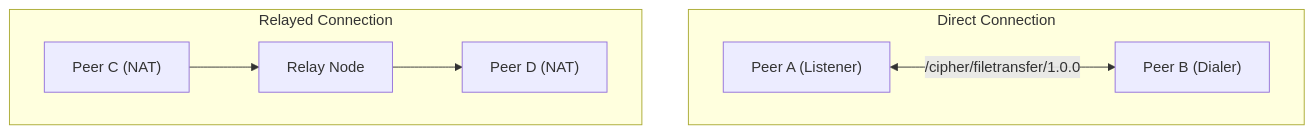
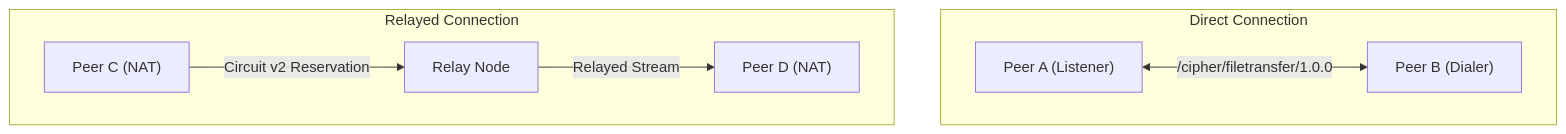
One commit to adarshxsh/CIPHER changed the diagram in Adarsh/p2p_transport/docs/architecture.md. Above: the diagram before and after it, drawn with Mermaid. The commit also changed other lines of this file and 1 other file, not shown here.

Commit message:
docs: update architecture and roadmap to reflect successful Milestone 5 completion

````diff
--- a/Adarsh/p2p_transport/docs/architecture.md
+++ b/Adarsh/p2p_transport/docs/architecture.md
@@ -23,10 +28,10 @@
 ```mermaid
 graph TD
     subgraph Direct Connection
         PeerA["Peer A (Listener)"] <-->|"/cipher/filetransfer/1.0.0"| PeerB["Peer B (Dialer)"]
     end
     subgraph Relayed Connection
-        PeerC["Peer C (NAT)"] --> Relay["Relay Node"]
-        Relay --> PeerD["Peer D (NAT)"]
+        PeerC["Peer C (NAT)"] -->|Circuit v2 Reservation| Relay["Relay Node"]
+        Relay -->|Relayed Stream| PeerD["Peer D (NAT)"]
     end
 ```
````
